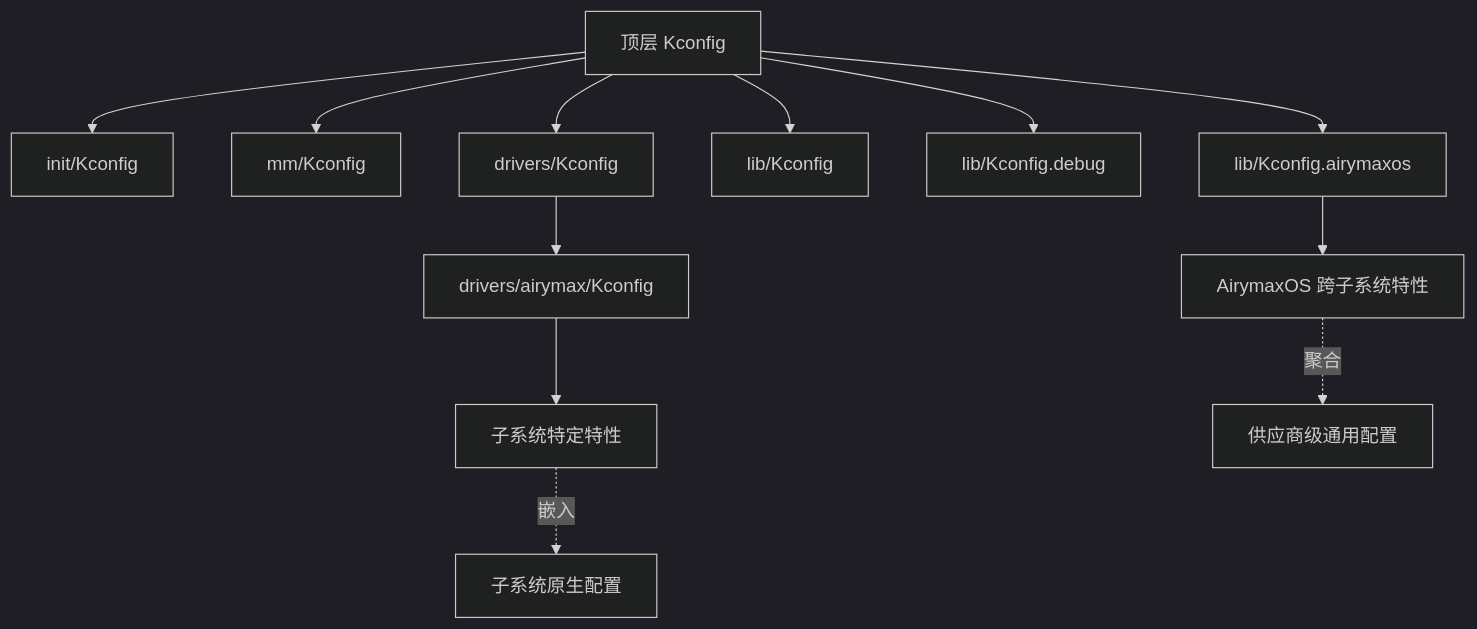
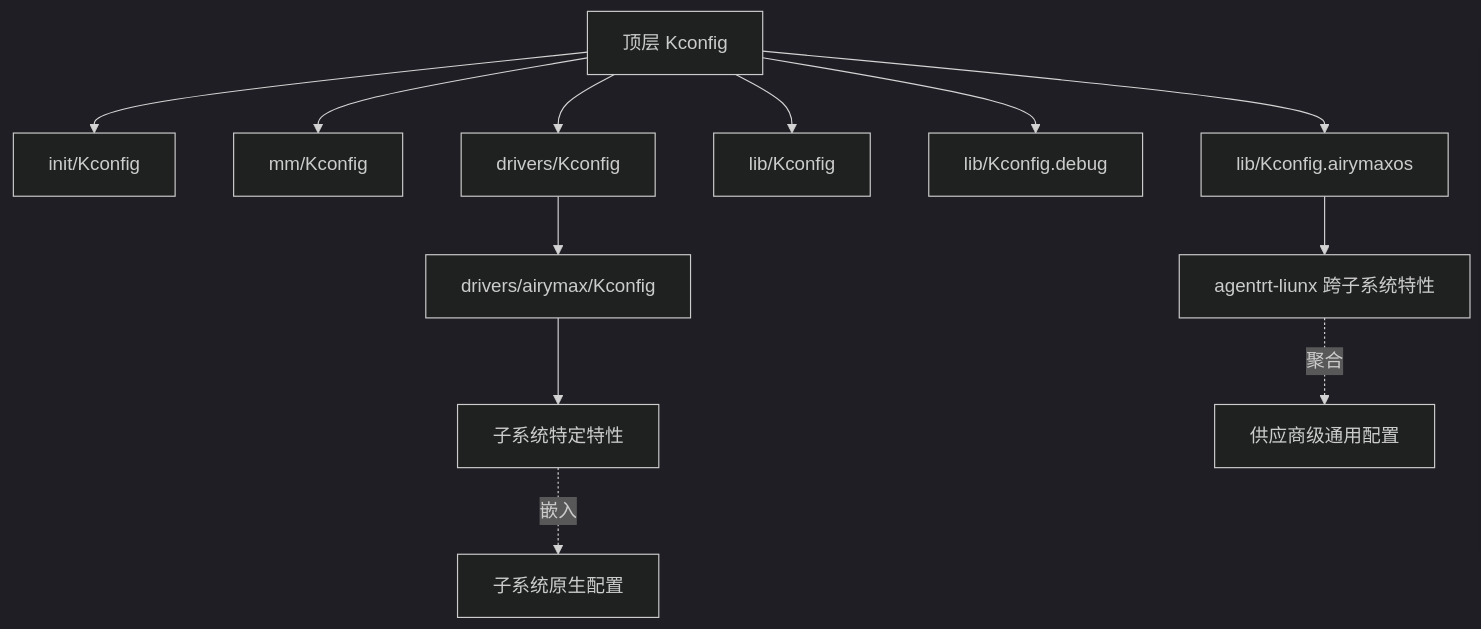
Before and after one commit to openairymax/docs: the second of 2 diagrams in AirymaxAgentOS/70-build-system/02-kconfig-system.md, drawn with Mermaid (dark theme). The commit also changed other lines of this file and 99 other files, not shown here.

````diff
--- a/AirymaxAgentOS/70-build-system/02-kconfig-system.md
+++ b/AirymaxAgentOS/70-build-system/02-kconfig-system.md
@@ -303,14 +303,14 @@
 ```mermaid
 flowchart TD
     TOP[顶层 Kconfig] --> SRC1[init/Kconfig]
     TOP --> SRC2[mm/Kconfig]
     TOP --> SRC3[drivers/Kconfig]
     TOP --> SRC4[lib/Kconfig]
     TOP --> SRC5[lib/Kconfig.debug]
     TOP --> SRC6[lib/Kconfig.airymaxos]
-    SRC6 --> V1[AirymaxOS 跨子系统特性]
+    SRC6 --> V1[agentrt-liunx 跨子系统特性]
     SRC3 --> D1[drivers/airymax/Kconfig]
     D1 --> D2[子系统特定特性]
     V1 -.聚合.-> VEND[供应商级通用配置]
     D2 -.嵌入.-> SUB[子系统原生配置]
 ```
````
